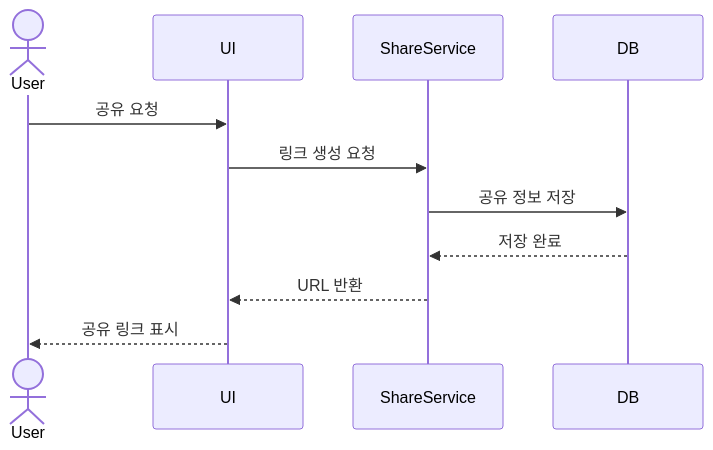
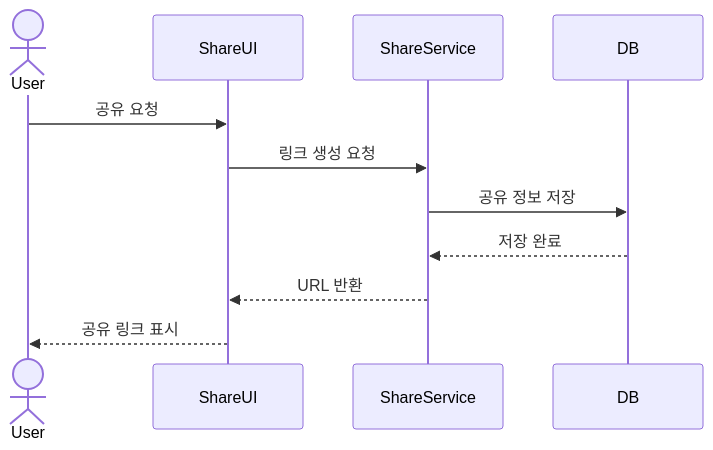
One commit to min12387/se changed the third of 4 diagrams in doc/requirement_analysis.md. Above: the diagram before and after it, drawn with Mermaid. The commit also changed other lines of this file, not shown here.

````diff
--- a/doc/requirement_analysis.md
+++ b/doc/requirement_analysis.md
@@ -131,15 +186,15 @@
 ```mermaid
 sequenceDiagram
 
     actor User
-    participant UI
+    participant UI as ShareUI
     participant ShareService
     participant DB
 
     User->>UI: 공유 요청
     UI->>ShareService: 링크 생성 요청
     ShareService->>DB: 공유 정보 저장
     DB-->>ShareService: 저장 완료
     ShareService-->>UI: URL 반환
     UI-->>User: 공유 링크 표시
 ```
````
